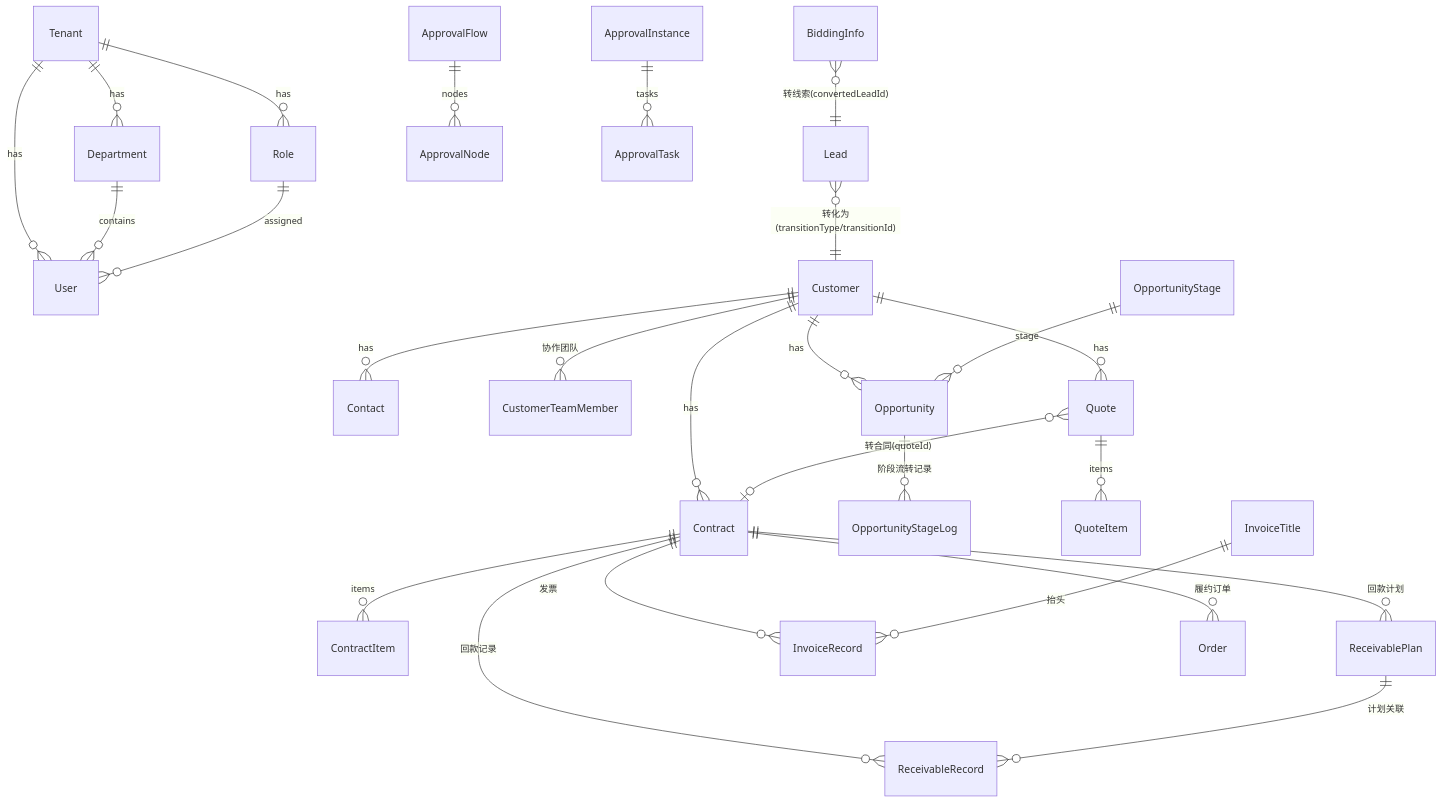
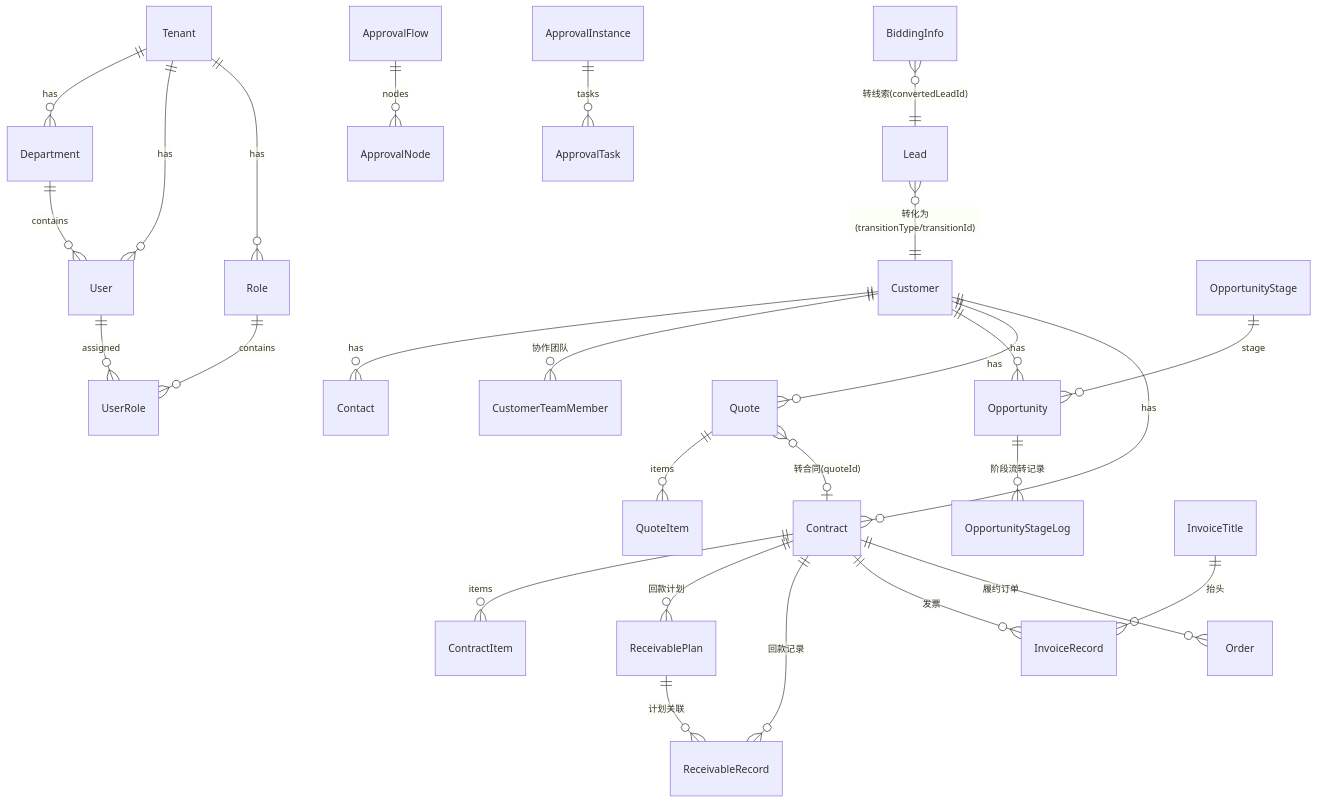
Before and after one commit to HideInMatrix/micromatrix-crm: the diagram in docs/data-model.md, drawn with Mermaid. The commit also changed other lines of this file and 49 other files, not shown here.

````diff
--- a/docs/data-model.md
+++ b/docs/data-model.md
@@ -7,33 +7,34 @@
 ```mermaid
 erDiagram
     Tenant ||--o{ Department : has
     Tenant ||--o{ User : has
     Tenant ||--o{ Role : has
     Department ||--o{ User : contains
-    Role ||--o{ User : assigned
+    User ||--o{ UserRole : assigned
+    Role ||--o{ UserRole : contains
 
     Lead }o--|| Customer : "转化为(transitionType/transitionId)"
     Customer ||--o{ Contact : has
     Customer ||--o{ CustomerTeamMember : "协作团队"
     Customer ||--o{ Opportunity : has
     Customer ||--o{ Quote : has
     Customer ||--o{ Contract : has
 
     OpportunityStage ||--o{ Opportunity : stage
     Opportunity ||--o{ OpportunityStageLog : "阶段流转记录"
 
     Quote ||--o{ QuoteItem : items
     Quote }o--o| Contract : "转合同(quoteId)"
     Contract ||--o{ ContractItem : items
     Contract ||--o{ ReceivablePlan : "回款计划"
     Contract ||--o{ ReceivableRecord : "回款记录"
     ReceivablePlan ||--o{ ReceivableRecord : "计划关联"
     Contract ||--o{ InvoiceRecord : "发票"
     InvoiceTitle ||--o{ InvoiceRecord : "抬头"
     Contract ||--o{ Order : "履约订单"
 
     ApprovalFlow ||--o{ ApprovalNode : nodes
     ApprovalInstance ||--o{ ApprovalTask : tasks
 
     BiddingInfo }o--|| Lead : "转线索(convertedLeadId)"
 ```
````
